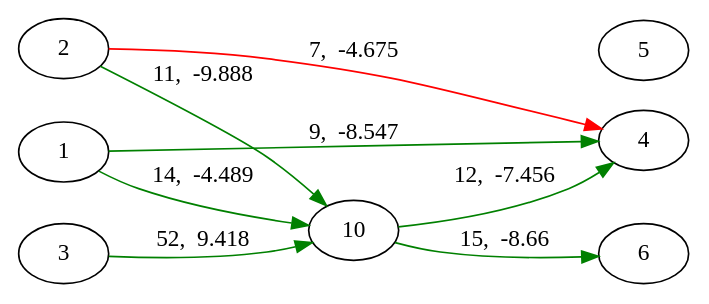
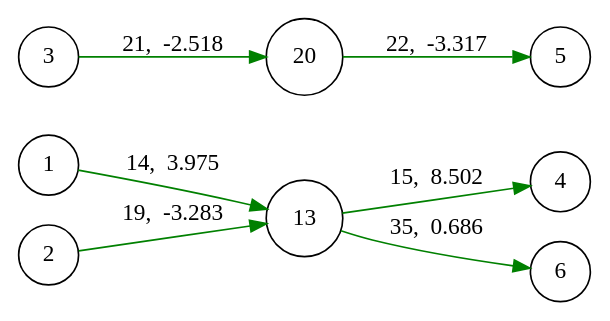
One commit to Rithvik-Reddy-Adapa/NEATJulia changed the diagram in neat_0_2.dot. Above: the diagram before and after it, drawn with Graphviz. The commit also changed 10 other files, not shown here.

```diff
--- a/neat_0_2.dot
+++ b/neat_0_2.dot
@@ -1,13 +1,13 @@
 digraph {
 	rankdir=LR;
-	1->10[color=green,label="14,  -4.489",penwidth=1.0];
-	1->4[color=green,label="9,  -8.547",penwidth=1.0];
-	2->4[color=red,label="7,  -4.675",penwidth=1.0];
-	2->10[color=green,label="11,  -9.888",penwidth=1.0];
-	3->10[color=green,label="52,  9.418",penwidth=1.0];
+	node [shape=circle];
+	1->13[color=green,label="14,  3.975",penwidth=1.0];
+	2->13[color=green,label="19,  -3.283",penwidth=1.0];
+	3->20[color=green,label="21,  -2.518",penwidth=1.0];
 	{rank=same; 1, 2, 3}
-	10->4[color=green,label="12,  -7.456",penwidth=1.0];
-	10->6[color=green,label="15,  -8.66",penwidth=1.0];
-	{rank=same; 10}
+	13->4[color=green,label="15,  8.502",penwidth=1.0];
+	13->6[color=green,label="35,  0.686",penwidth=1.0];
+	20->5[color=green,label="22,  -3.317",penwidth=1.0];
+	{rank=same; 13, 20}
 	{rank=same; 4, 5, 6}
 }
```
